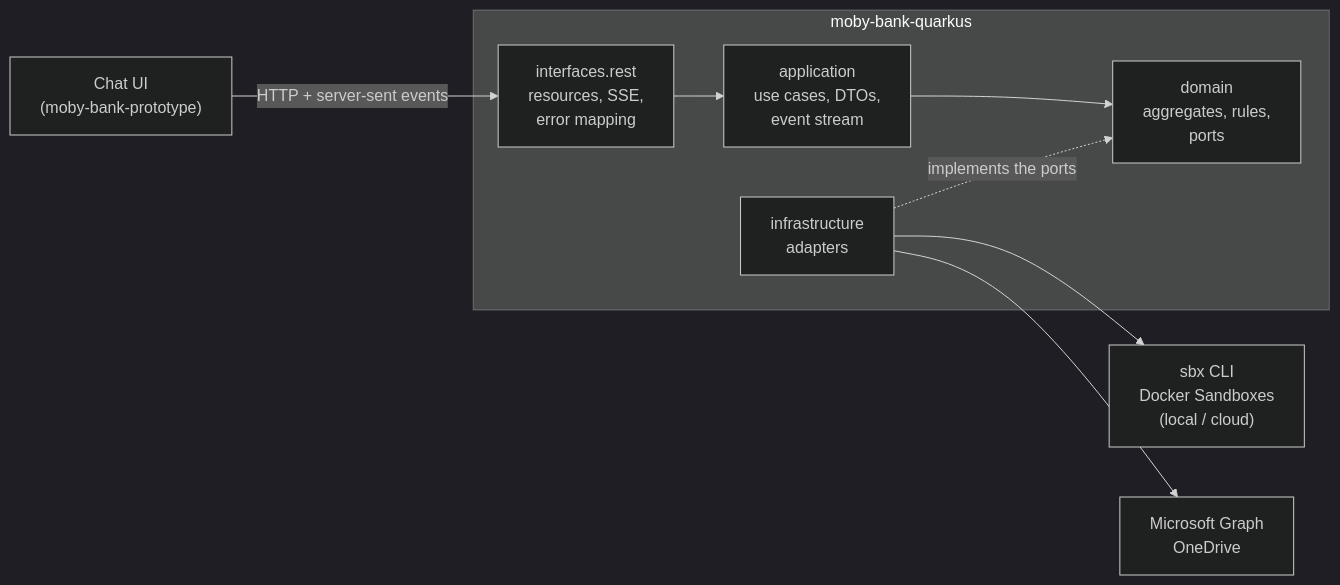
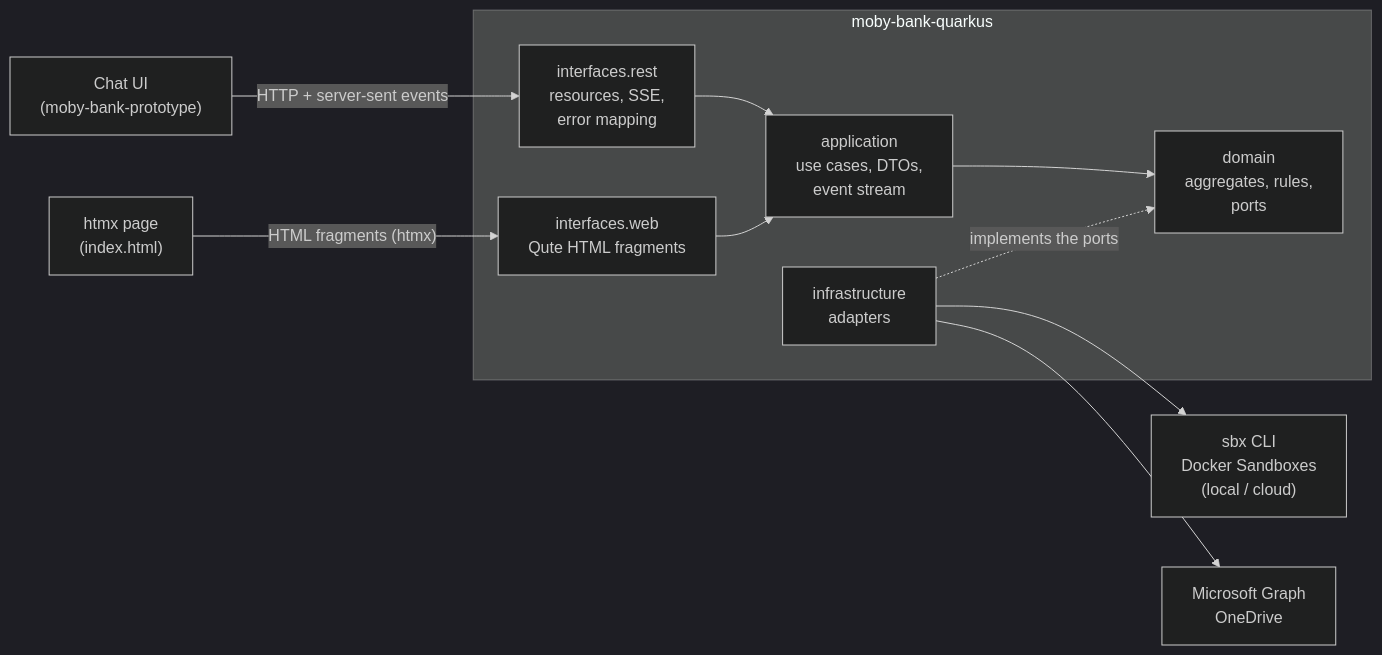
The first of 5 diagrams in moby-bank-quarkus/docs/architecture.md (jeremyrdavis/moby-bank-harness), drawn with Mermaid (dark theme) before and after one commit. The commit also changed other lines of this file and 41 other files, not shown here.

First line of the commit message:
Serve the htmx index.html from Quarkus with Qute fragments

````diff
--- a/moby-bank-quarkus/docs/architecture.md
+++ b/moby-bank-quarkus/docs/architecture.md
@@ -25,19 +25,23 @@
 ```mermaid
 flowchart LR
     UI["Chat UI<br/>(moby-bank-prototype)"]
+    PAGE["htmx page<br/>(index.html)"]
     subgraph Backend["moby-bank-quarkus"]
         REST["interfaces.rest<br/>resources, SSE,<br/>error mapping"]
+        WEB["interfaces.web<br/>Qute HTML fragments"]
         APP["application<br/>use cases, DTOs,<br/>event stream"]
         DOM["domain<br/>aggregates, rules,<br/>ports"]
         INF["infrastructure<br/>adapters"]
     end
     SBX["sbx CLI<br/>Docker Sandboxes<br/>(local / cloud)"]
     GRAPH["Microsoft Graph<br/>OneDrive"]
 
     UI -- "HTTP + server-sent events" --> REST
+    PAGE -- "HTML fragments (htmx)" --> WEB
     REST --> APP
+    WEB --> APP
     APP --> DOM
     INF -. "implements the ports" .-> DOM
     INF --> SBX
     INF --> GRAPH
 ```
````
